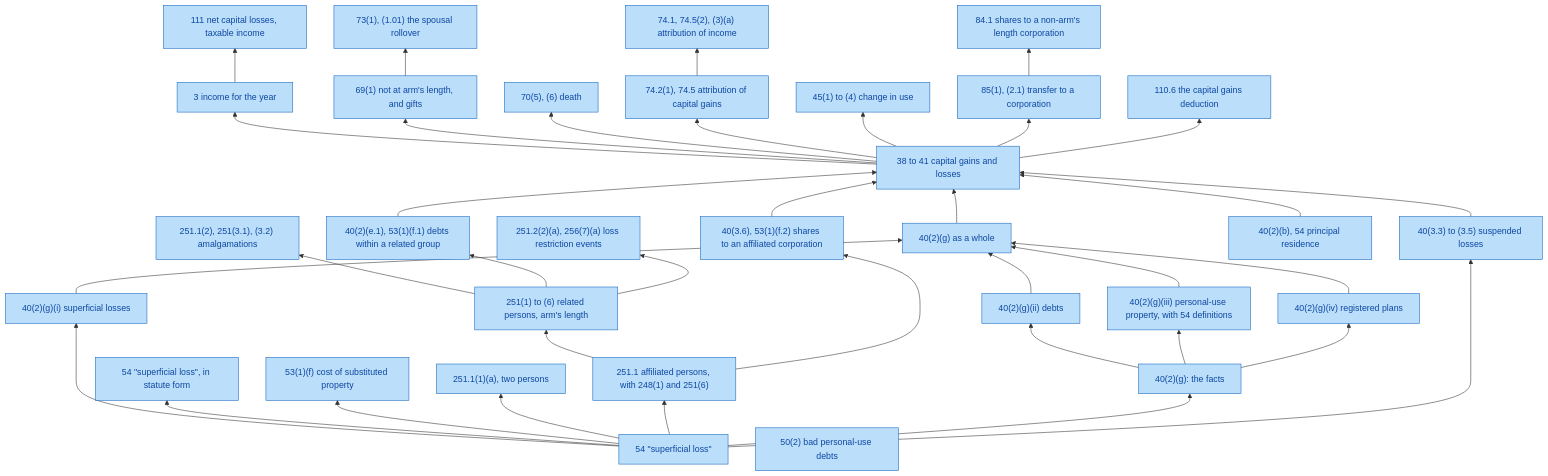
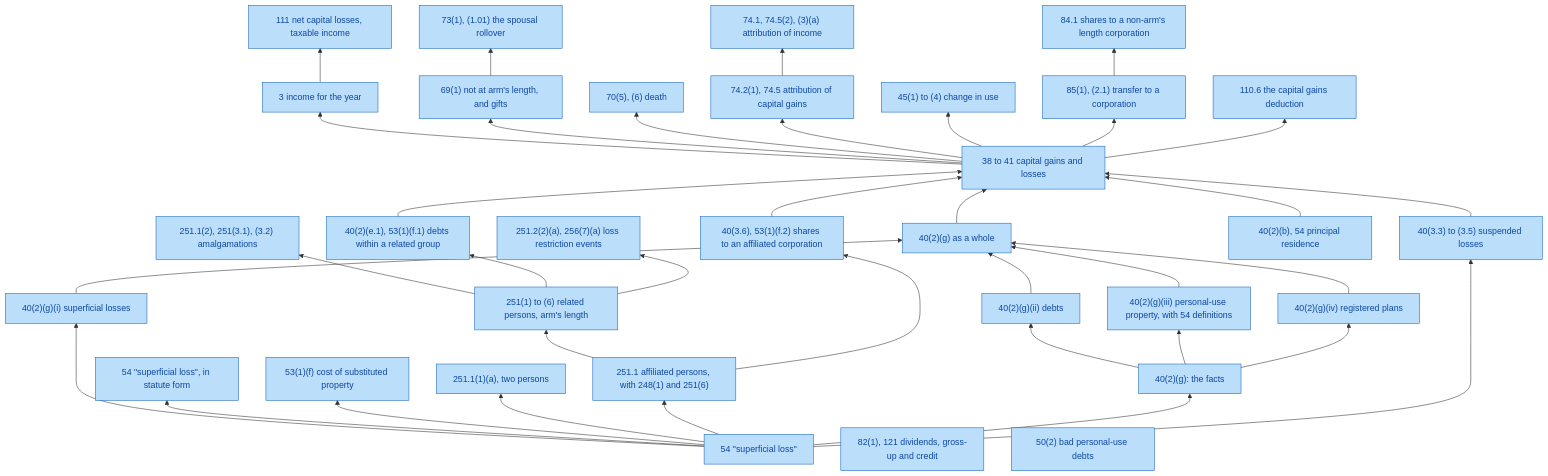
The diagram in docs/graphs/provisions.md (SeanWMurray/Canteen), drawn with Mermaid before and after one commit. The commit also changed 17 other files, not shown here.

````diff
--- a/docs/graphs/provisions.md
+++ b/docs/graphs/provisions.md
@@ -7,70 +7,71 @@
 ```mermaid
 flowchart BT
   v0["54 #quot;superficial loss#quot;"]:::prov
   v1["40(2)(g)(i) superficial losses"]:::prov
   v2["54 #quot;superficial loss#quot;, in statute form"]:::prov
   v3["53(1)(f) cost of substituted property"]:::prov
   v4["251.1(1)(a), two persons"]:::prov
   v5["251.1 affiliated persons, with 248(1) and 251(6)"]:::prov
   v6["251(1) to (6) related persons, arm's length"]:::prov
   v7["251.1(2), 251(3.1), (3.2) amalgamations"]:::prov
   v8["40(2)(g): the facts"]:::prov
   v9["40(2)(g)(ii) debts"]:::prov
   v10["40(2)(g)(iii) personal-use property, with 54 definitions"]:::prov
   v11["40(2)(g)(iv) registered plans"]:::prov
   v12["40(2)(g) as a whole"]:::prov
   v13["40(3.3) to (3.5) suspended losses"]:::prov
   v14["40(3.6), 53(1)(f.2) shares to an affiliated corporation"]:::prov
   v15["40(2)(e.1), 53(1)(f.1) debts within a related group"]:::prov
   v16["40(2)(b), 54 principal residence"]:::prov
   v17["38 to 41 capital gains and losses"]:::prov
   v18["3 income for the year"]:::prov
   v19["111 net capital losses, taxable income"]:::prov
   v20["69(1) not at arm's length, and gifts"]:::prov
   v21["73(1), (1.01) the spousal rollover"]:::prov
   v22["70(5), (6) death"]:::prov
   v23["74.2(1), 74.5 attribution of capital gains"]:::prov
   v24["45(1) to (4) change in use"]:::prov
   v25["85(1), (2.1) transfer to a corporation"]:::prov
   v26["84.1 shares to a non-arm's length corporation"]:::prov
   v27["110.6 the capital gains deduction"]:::prov
   v28["251.2(2)(a), 256(7)(a) loss restriction events"]:::prov
   v29["74.1, 74.5(2), (3)(a) attribution of income"]:::prov
-  v30["50(2) bad personal-use debts"]:::prov
+  v30["82(1), 121 dividends, gross-up and credit"]:::prov
+  v31["50(2) bad personal-use debts"]:::prov
   v0 --> v1
   v0 --> v2
   v0 --> v3
   v0 --> v4
   v0 --> v5
   v5 --> v6
   v6 --> v7
   v0 --> v8
   v8 --> v9
   v8 --> v10
   v8 --> v11
   v9 --> v12
   v10 --> v12
   v11 --> v12
   v1 --> v12
   v0 --> v13
   v5 --> v14
   v6 --> v15
   v12 --> v17
   v13 --> v17
   v14 --> v17
   v15 --> v17
   v16 --> v17
   v17 --> v18
   v18 --> v19
   v17 --> v20
   v20 --> v21
   v17 --> v22
   v17 --> v23
   v17 --> v24
   v17 --> v25
   v25 --> v26
   v17 --> v27
   v6 --> v28
   v23 --> v29
   classDef prov fill:#bbdefb,stroke:#1565c0,color:#0d47a1
 ```
````
